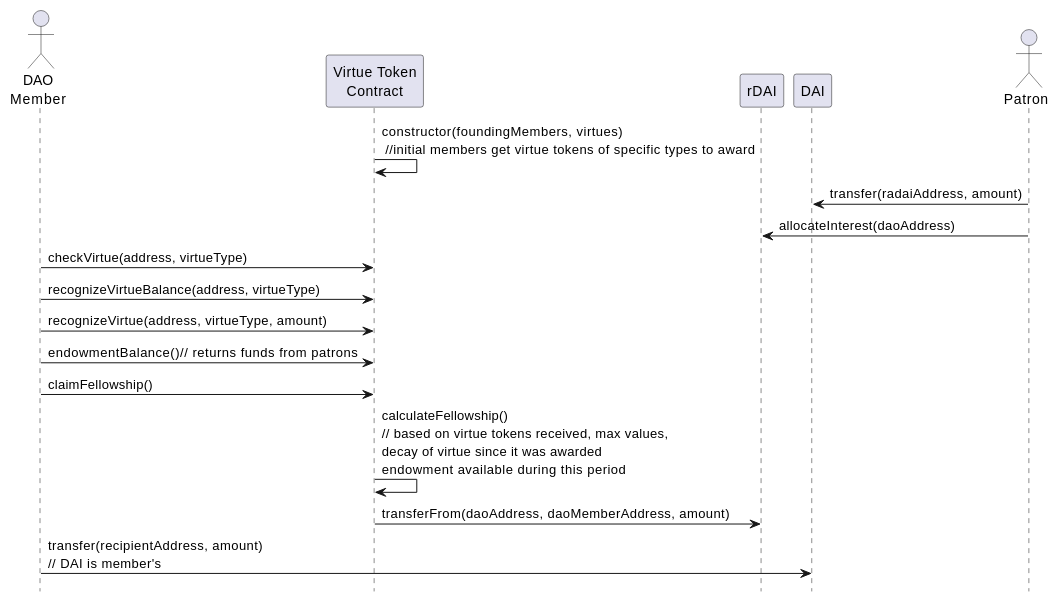
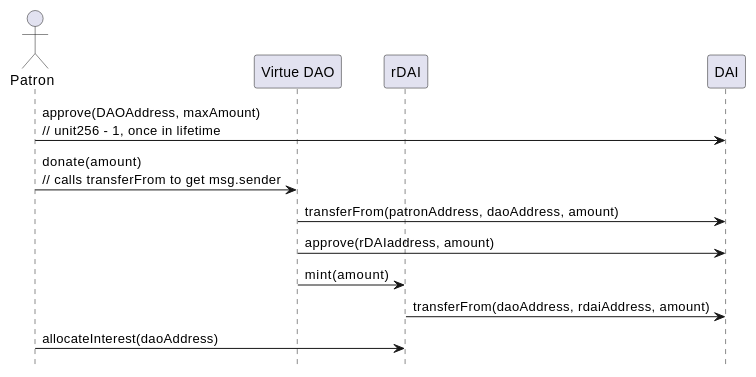
One commit to CoMakery/virtue-dao changed the first of 5 diagrams in assets/virtue-dao.md. Above: the diagram before and after it, drawn with PlantUML. The commit also changed other lines of this file and 7 other files, not shown here.

````diff
--- a/assets/virtue-dao.md
+++ b/assets/virtue-dao.md
@@ -1,23 +1,17 @@
 ```plantuml
-@startuml virtue-dao
+@startuml patron-endowment 
 hide footbox
 
-actor Member1 as "DAO\nMember"
-participant Virtue as "Virtue Token\nContract"
+actor Patron 
+participant DAO as "Virtue DAO"
 participant rDAI
 participant DAI
-actor Patron 
-Virtue -> Virtue: constructor(foundingMembers, virtues) \n //initial members get virtue tokens of specific types to award
-Patron -> DAI: transfer(radaiAddress, amount)
+Patron -> DAI: approve(DAOAddress, maxAmount)\n// unit256 - 1, once in lifetime
+Patron -> DAO: donate(amount)\n// calls transferFrom to get msg.sender
+DAO -> DAI: transferFrom(patronAddress, daoAddress, amount)
+DAO -> DAI: approve(rDAIaddress, amount)
+DAO -> rDAI: mint(amount)
+rDAI -> DAI: transferFrom(daoAddress, rdaiAddress, amount)
 Patron -> rDAI: allocateInterest(daoAddress)
-
-Member1 -> Virtue: checkVirtue(address, virtueType)
-Member1 -> Virtue: recognizeVirtueBalance(address, virtueType)
-Member1 -> Virtue: recognizeVirtue(address, virtueType, amount)
-Member1 -> Virtue: endowmentBalance()// returns funds from patrons 
-Member1 -> Virtue: claimFellowship()
-Virtue -> Virtue: calculateFellowship()\n// based on virtue tokens received, max values,\ndecay of virtue since it was awarded\nendowment available during this period
-Virtue -> rDAI: transferFrom(daoAddress, daoMemberAddress, amount)
-Member1 -> DAI: transfer(recipientAddress, amount) \n// DAI is member's
 @enduml
 ```
````
